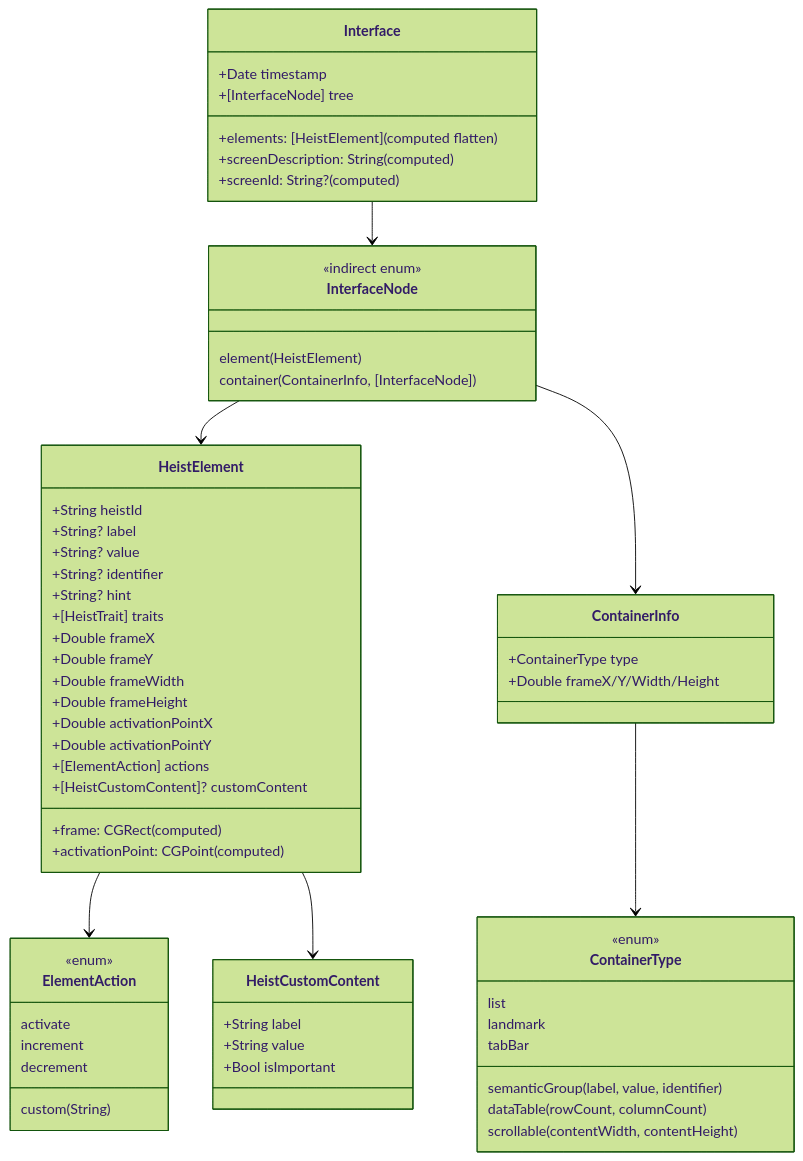
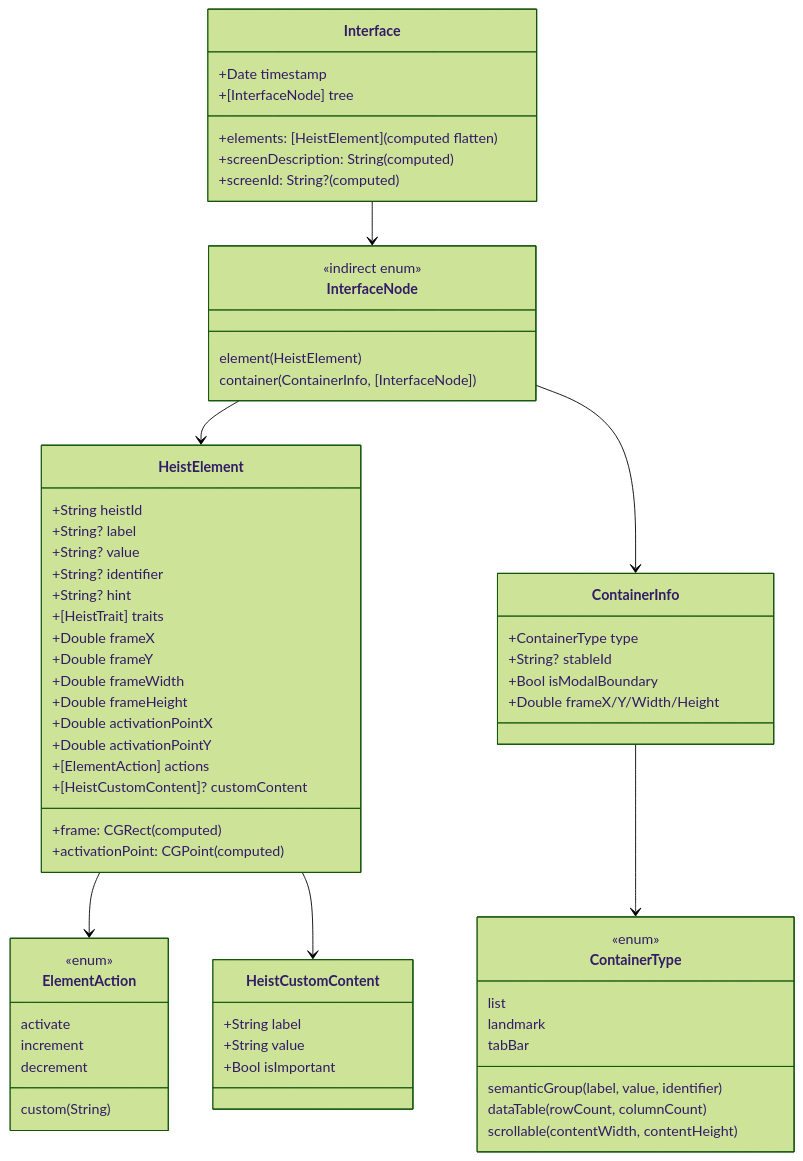
One commit to RoyalPineapple/TheButtonHeist changed the third of 7 diagrams in docs/dossiers/18-THESCORE.md. Above: the diagram before and after it, drawn with Mermaid (forest theme). The commit also changed 17 other files, not shown here.

````diff
--- a/docs/dossiers/18-THESCORE.md
+++ b/docs/dossiers/18-THESCORE.md
@@ -117,71 +117,73 @@
 ```mermaid
 classDiagram
     class Interface {
         +Date timestamp
         +[InterfaceNode] tree
         +elements: [HeistElement] (computed flatten)
         +screenDescription: String (computed)
         +screenId: String? (computed)
     }
 
     class HeistElement {
         +String heistId
         +String? label
         +String? value
         +String? identifier
         +String? hint
         +[HeistTrait] traits
         +Double frameX
         +Double frameY
         +Double frameWidth
         +Double frameHeight
         +Double activationPointX
         +Double activationPointY
         +[ElementAction] actions
         +[HeistCustomContent]? customContent
         +frame: CGRect (computed)
         +activationPoint: CGPoint (computed)
     }
 
     class InterfaceNode {
         <<indirect enum>>
         element(HeistElement)
         container(ContainerInfo, [InterfaceNode])
     }
 
     class ContainerInfo {
         +ContainerType type
+        +String? stableId
+        +Bool isModalBoundary
         +Double frameX/Y/Width/Height
     }
 
     class ContainerType {
         <<enum>>
         semanticGroup(label, value, identifier)
         list
         landmark
         dataTable(rowCount, columnCount)
         tabBar
         scrollable(contentWidth, contentHeight)
     }
 
     class ElementAction {
         <<enum>>
         activate
         increment
         decrement
         custom(String)
     }
 
     class HeistCustomContent {
         +String label
         +String value
         +Bool isImportant
     }
 
     Interface --> InterfaceNode
     InterfaceNode --> HeistElement
     InterfaceNode --> ContainerInfo
     ContainerInfo --> ContainerType
     HeistElement --> ElementAction
     HeistElement --> HeistCustomContent
 ```
````
